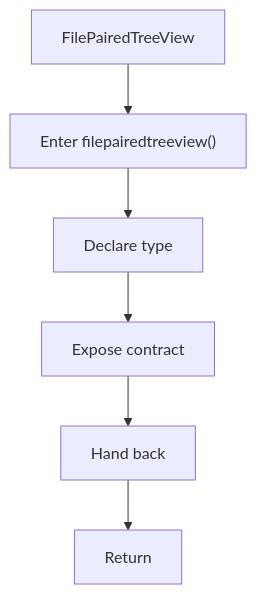
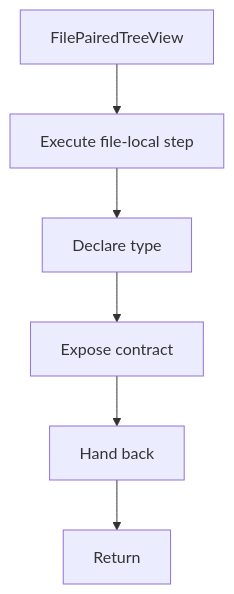
Before and after one commit to JohnAndrewBalbarosa/NeoTerritory: the diagram in docs/Codebase/Microservice/Modules/Header/SyntacticBrokenAST/HashingMechanism/HashLinks/Flow/functions/filepairedtreeview.hpp.md, drawn with Mermaid. The commit also changed other lines of this file and 925 other files, not shown here.

````diff
--- a/docs/Codebase/Microservice/Modules/Header/SyntacticBrokenAST/HashingMechanism/HashLinks/Flow/functions/filepairedtreeview.hpp.md
+++ b/docs/Codebase/Microservice/Modules/Header/SyntacticBrokenAST/HashingMechanism/HashLinks/Flow/functions/filepairedtreeview.hpp.md
@@ -16,14 +16,14 @@
 ```mermaid
 flowchart TD
     Start["FilePairedTreeView"]
-    N0["Enter filepairedtreeview()"]
+    N0["Execute file-local step"]
     N1["Declare type"]
     N2["Expose contract"]
     N3["Hand back"]
     End["Return"]
     Start --> N0
     N0 --> N1
     N1 --> N2
     N2 --> N3
     N3 --> End
 ```
````
